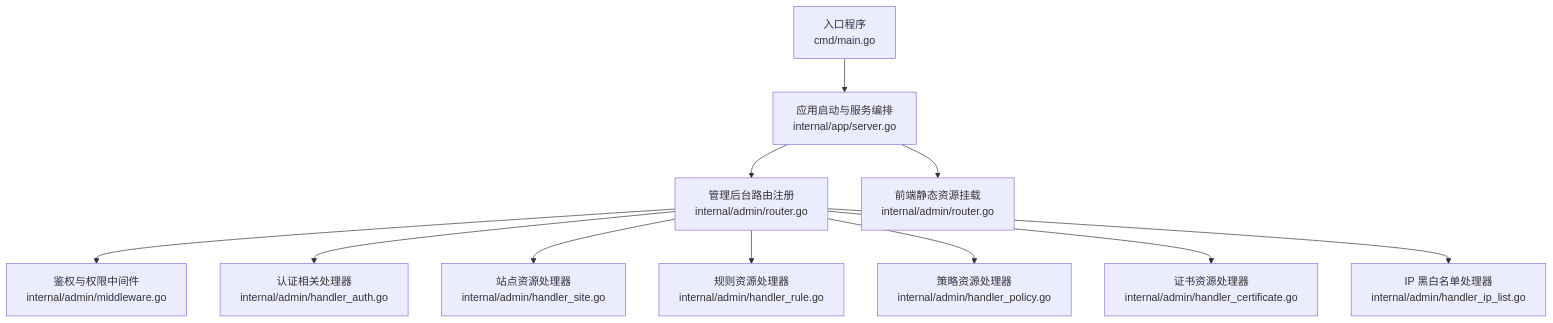
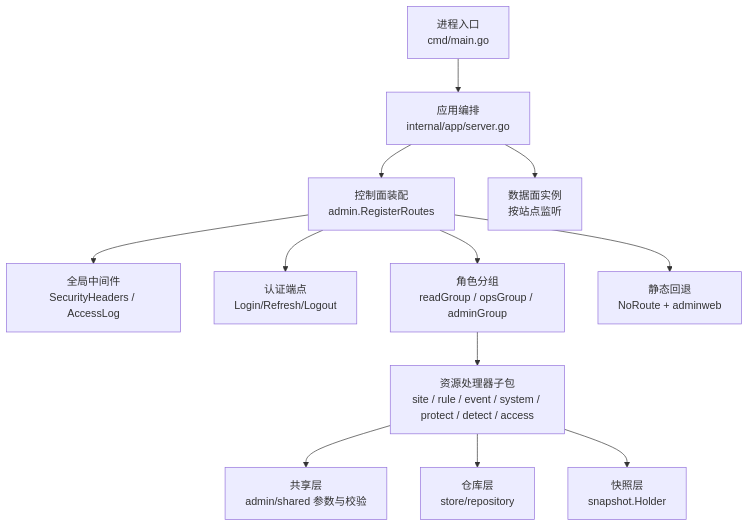
Before and after one commit to x01n/My-OpenWaf: the first of 5 diagrams in docs/管理 API 系统/REST API 设计规范/REST API 设计规范.md, drawn with Mermaid. The commit also changed other lines of this file and 622 other files, not shown here.

````diff
--- a/docs/管理 API 系统/REST API 设计规范/REST API 设计规范.md
+++ b/docs/管理 API 系统/REST API 设计规范/REST API 设计规范.md
@@ -42,13 +52,14 @@
 ```mermaid
 graph TB
-A["入口程序<br/>cmd/main.go"] --> B["应用启动与服务编排<br/>internal/app/server.go"]
-B --> C["管理后台路由注册<br/>internal/admin/router.go"]
-C --> D["鉴权与权限中间件<br/>internal/admin/middleware.go"]
-C --> E["认证相关处理器<br/>internal/admin/handler_auth.go"]
-C --> F["站点资源处理器<br/>internal/admin/handler_site.go"]
-C --> G["规则资源处理器<br/>internal/admin/handler_rule.go"]
-C --> H["策略资源处理器<br/>internal/admin/handler_policy.go"]
-C --> I["证书资源处理器<br/>internal/admin/handler_certificate.go"]
-C --> J["IP 黑白名单处理器<br/>internal/admin/handler_ip_list.go"]
-B --> K["前端静态资源挂载<br/>internal/admin/router.go"]
+Main["进程入口<br/>cmd/main.go"] --> App["应用编排<br/>internal/app/server.go"]
+App --> Reg["控制面装配<br/>admin.RegisterRoutes"]
+Reg --> MWG["全局中间件<br/>SecurityHeaders / AccessLog"]
+Reg --> AuthEP["认证端点<br/>Login/Refresh/Logout"]
+Reg --> Groups["角色分组<br/>readGroup / opsGroup / adminGroup"]
+Groups --> Pkgs["资源处理器子包<br/>site / rule / event / system / protect / detect / access"]
+Pkgs --> Shared["共享层<br/>admin/shared 参数与校验"]
+Pkgs --> Repo["仓库层<br/>store/repository"]
+Pkgs --> Snap["快照层<br/>snapshot.Holder"]
+App --> Data["数据面实例<br/>按站点监听"]
+Reg --> Static["静态回退<br/>NoRoute + adminweb"]
 ```
````
